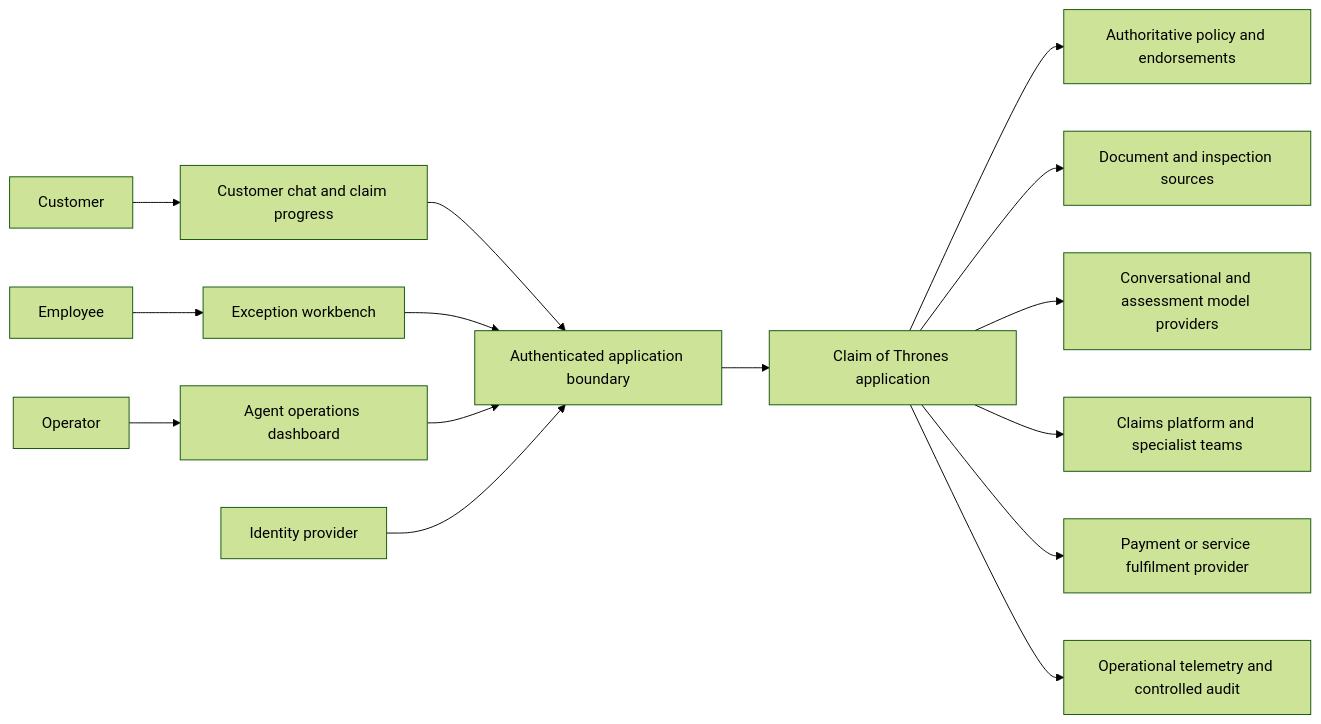
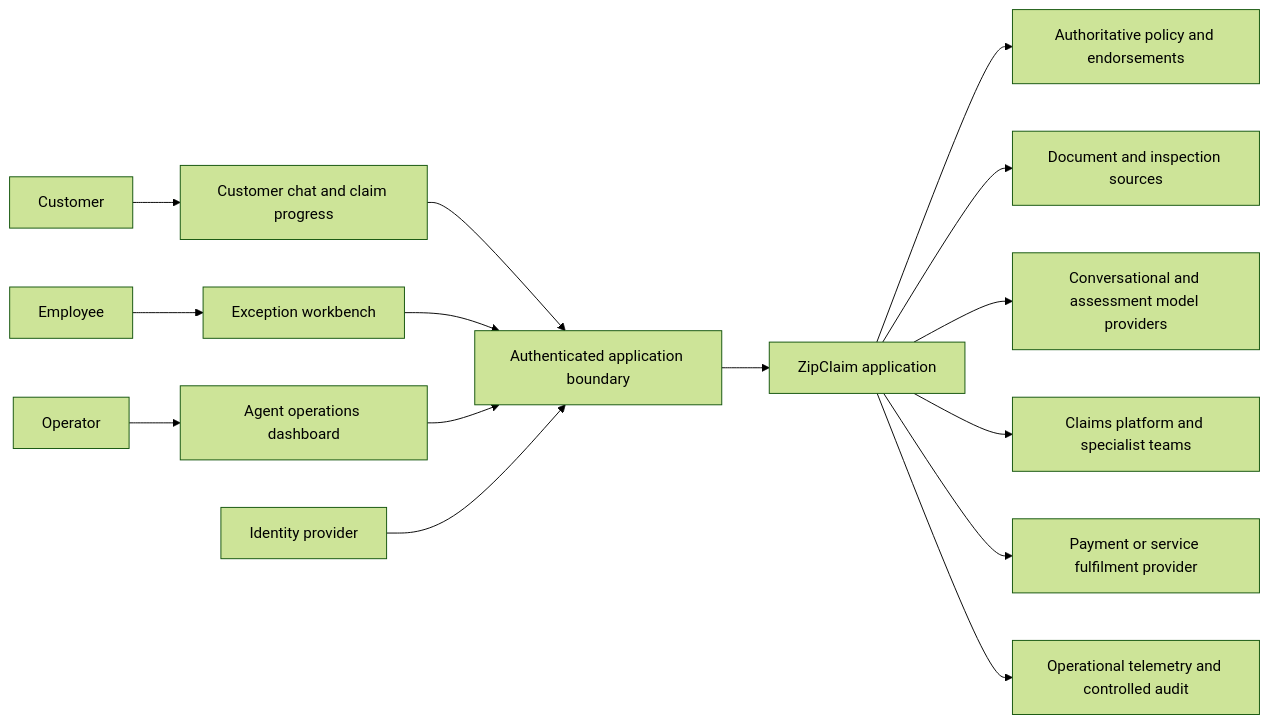
One commit to niksacdev/jev-sample changed the second of 7 diagrams in docs/system-design.md. Above: the diagram before and after it, drawn with Mermaid (forest theme). The commit also changed other lines of this file and 70 other files, not shown here.

First line of the commit message:
ZipClaim AI-native workflow, live instrumentation and guided setup

````diff
--- a/docs/system-design.md
+++ b/docs/system-design.md
@@ -58,17 +140,17 @@
 ```mermaid
 flowchart LR
     C[Customer] --> CX[Customer chat and claim progress]
     E[Employee] --> EX[Exception workbench]
     O[Operator] --> OX[Agent operations dashboard]
     CX --> Edge[Authenticated application boundary]
     EX --> Edge
     OX --> Edge
-    Edge --> App[Claim of Thrones application]
+    Edge --> App[ZipClaim application]
     IdP[Identity provider] --> Edge
     App --> Policy[Authoritative policy and endorsements]
     App --> Evidence[Document and inspection sources]
     App --> Models[Conversational and assessment model providers]
     App --> Claims[Claims platform and specialist teams]
     App --> Payments[Payment or service fulfilment provider]
     App --> Signals[Operational telemetry and controlled audit]
 ```
````
